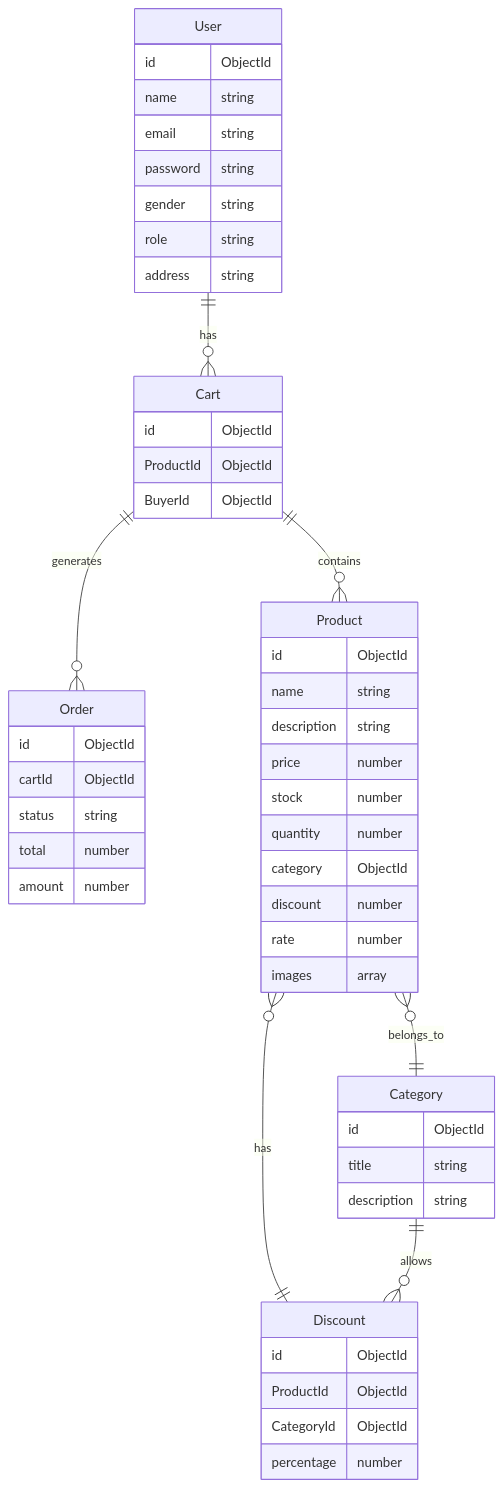
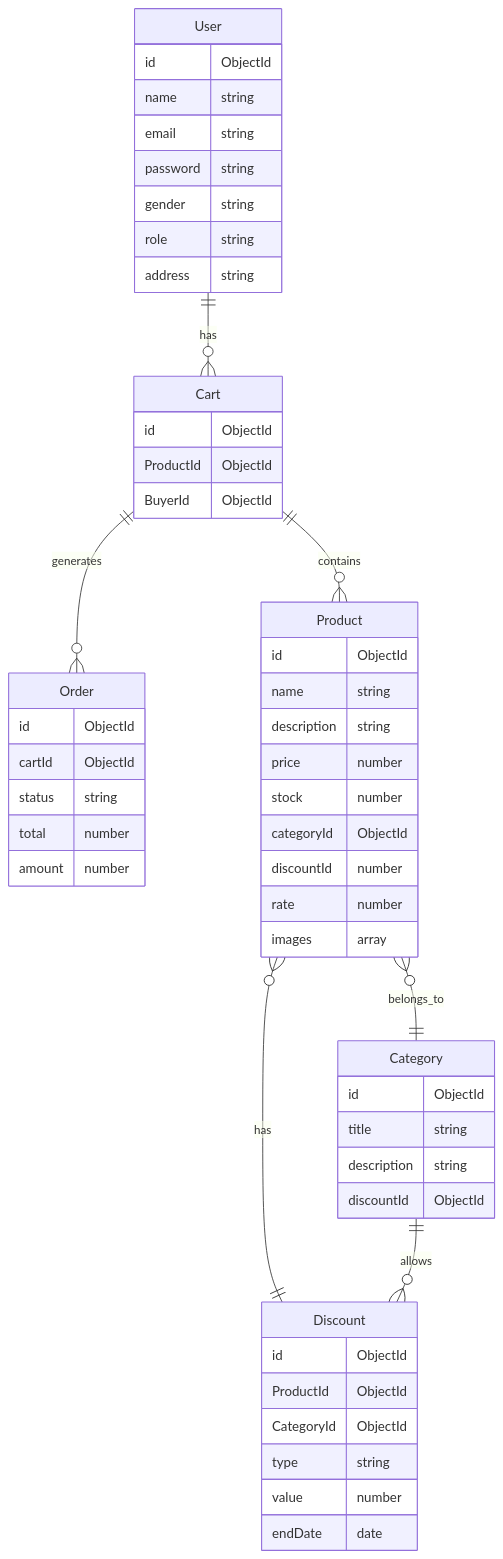
The diagram in docs/ERD.md (Team-5-Final-Project-Deep-Dive-25/backend), drawn with Mermaid before and after one commit.

Commit message:
docs: update erd

````diff
--- a/docs/ERD.md
+++ b/docs/ERD.md
@@ -1,59 +1,61 @@
 ```mermaid
 erDiagram
     User {
         id ObjectId
         name string
         email string
         password string
         gender string
         role string
         address string
     }
 
     Order {
         id ObjectId
         cartId ObjectId
         status string
         total number
         amount number
     }
 
     Cart {
         id ObjectId
         ProductId ObjectId
         BuyerId ObjectId
     }
 
     Category {
         id ObjectId
         title string
         description string
+        discountId ObjectId
     }
 
     Discount {
         id ObjectId
         ProductId ObjectId
         CategoryId ObjectId
-        percentage number
+        type string
+        value number 
+        endDate date
     }
 
     Product {
         id ObjectId
         name string
         description string
         price number
         stock number
-        quantity number
-        category ObjectId
-        discount number
+        categoryId ObjectId
+        discountId number
         rate number
         images array
     }
 
     User ||--o{ Cart : has
     Cart ||--o{ Product : contains
     Cart ||--o{ Order : generates
     Product }o--|| Category : belongs_to
     Product }o--|| Discount : has
     Category ||--o{ Discount : allows
 ```
````
